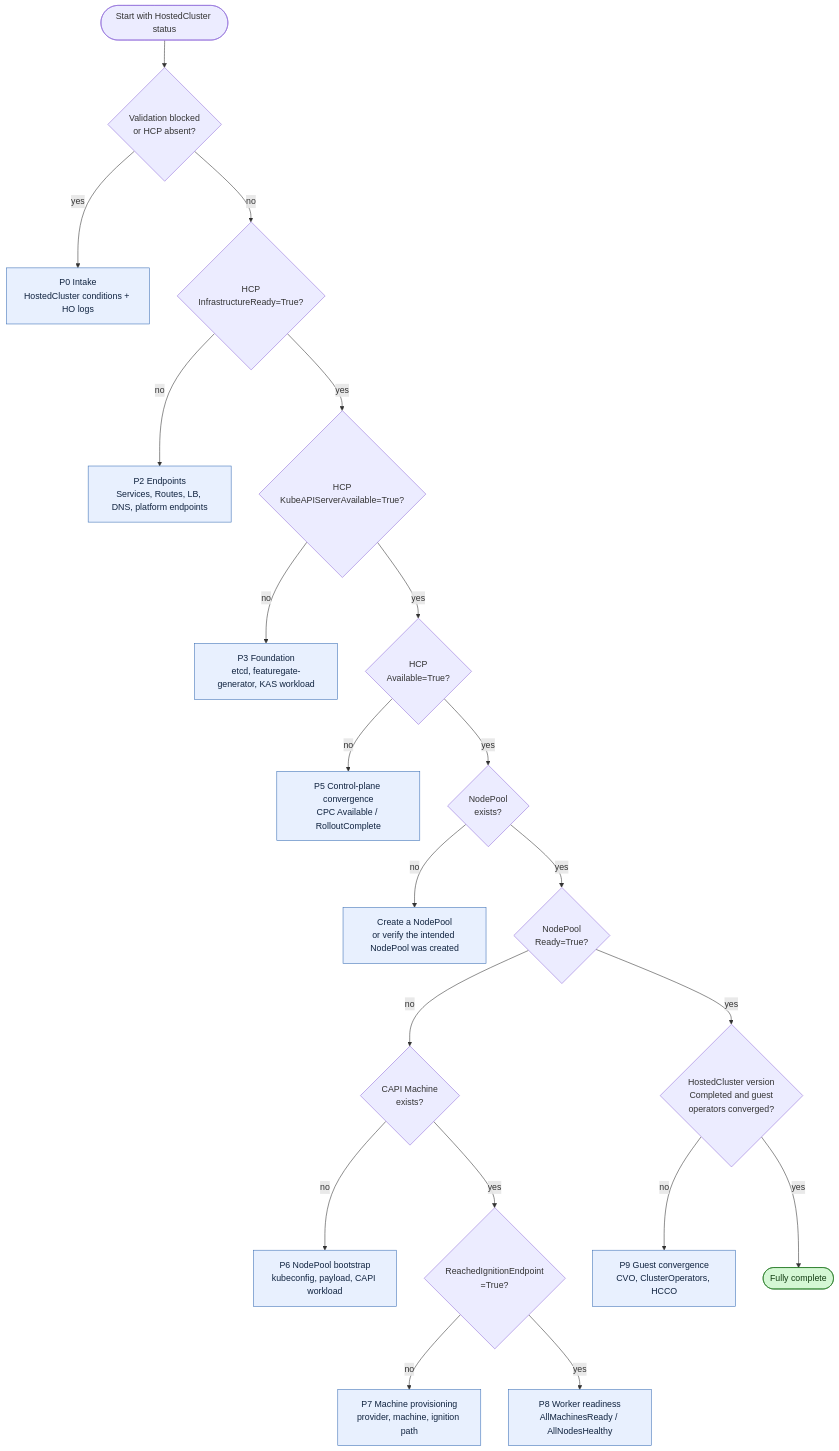
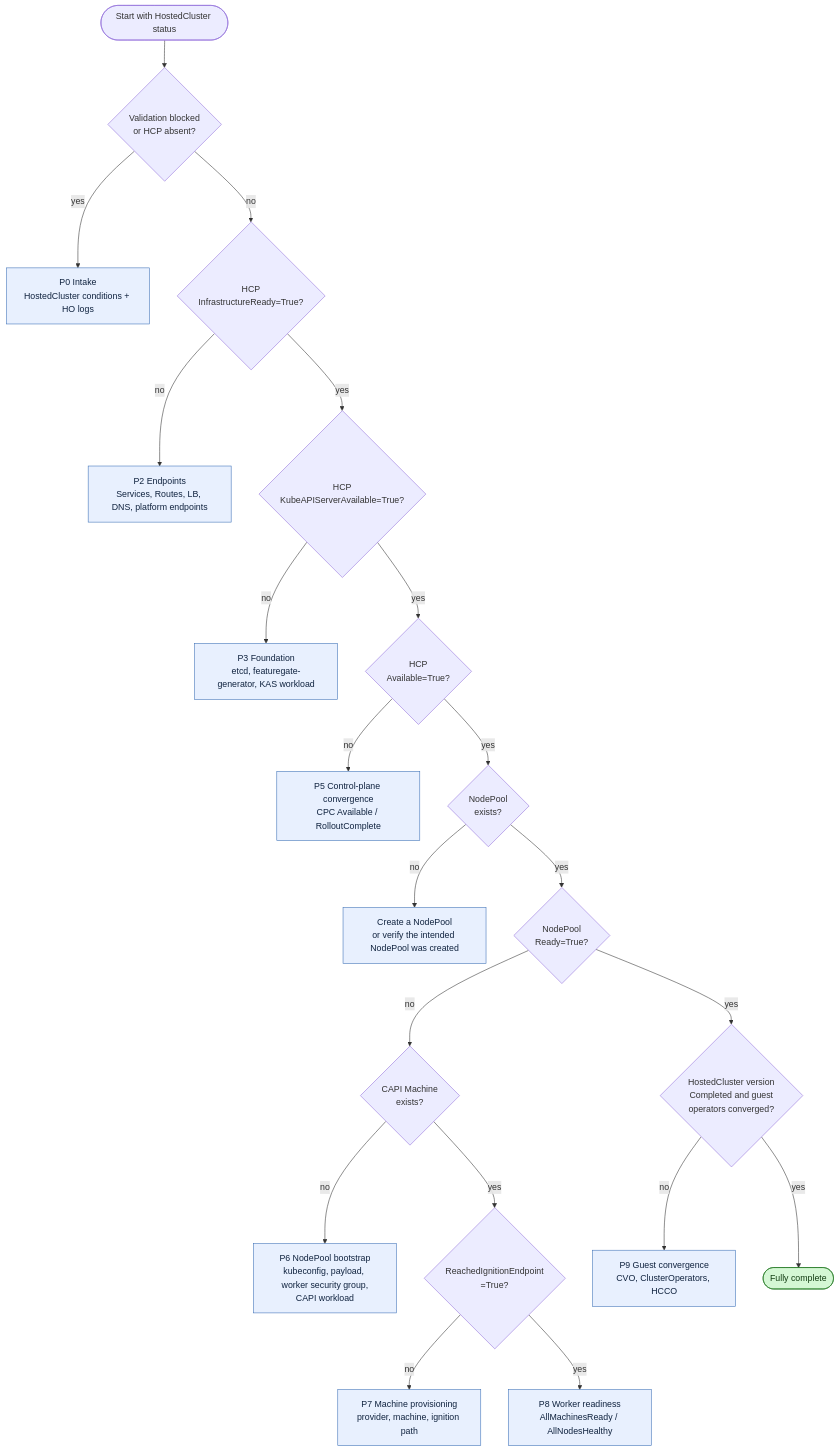
The third of 3 diagrams in docs/content/reference/cluster-startup-roadmap.md (bryan-cox/hypershift), drawn with Mermaid before and after one commit. The commit also changed other lines of this file and 3 other files, not shown here.

````diff
--- a/docs/content/reference/cluster-startup-roadmap.md
+++ b/docs/content/reference/cluster-startup-roadmap.md
@@ -614,27 +634,27 @@
 ```mermaid
 flowchart TD
     START([Start with HostedCluster status]) --> VALID{"Validation blocked<br/>or HCP absent?"}
     VALID -- "yes" --> P0["P0 Intake<br/>HostedCluster conditions + HO logs"]
     VALID -- "no" --> INFRA{"HCP<br/>InfrastructureReady=True?"}
     INFRA -- "no" --> P2["P2 Endpoints<br/>Services, Routes, LB, DNS, platform endpoints"]
     INFRA -- "yes" --> KAS{"HCP<br/>KubeAPIServerAvailable=True?"}
     KAS -- "no" --> P3["P3 Foundation<br/>etcd, featuregate-generator, KAS workload"]
     KAS -- "yes" --> HCPAVAIL{"HCP<br/>Available=True?"}
     HCPAVAIL -- "no" --> P5["P5 Control-plane convergence<br/>CPC Available / RolloutComplete"]
     HCPAVAIL -- "yes" --> NPROW{"NodePool<br/>exists?"}
     NPROW -- "no" --> P6CREATE["Create a NodePool<br/>or verify the intended NodePool was created"]
     NPROW -- "yes" --> NPREADY{"NodePool<br/>Ready=True?"}
     NPREADY -- "no" --> MACHINE{"CAPI Machine<br/>exists?"}
-    MACHINE -- "no" --> P6["P6 NodePool bootstrap<br/>kubeconfig, payload, CAPI workload"]
+    MACHINE -- "no" --> P6["P6 NodePool bootstrap<br/>kubeconfig, payload, worker security group,<br/>CAPI workload"]
     MACHINE -- "yes" --> IGN{"ReachedIgnitionEndpoint<br/>=True?"}
     IGN -- "no" --> P7["P7 Machine provisioning<br/>provider, machine, ignition path"]
     IGN -- "yes" --> P8["P8 Worker readiness<br/>AllMachinesReady / AllNodesHealthy"]
     NPREADY -- "yes" --> GUEST{"HostedCluster version<br/>Completed and guest<br/>operators converged?"}
     GUEST -- "no" --> P9["P9 Guest convergence<br/>CVO, ClusterOperators, HCCO"]
     GUEST -- "yes" --> DONE([Fully complete])
 
     classDef stage fill:#e8f0fe,stroke:#3b6fb6,color:#10233f;
     classDef complete fill:#d4f7d4,stroke:#247a24,color:#123d12;
     class P0,P2,P3,P5,P6,P6CREATE,P7,P8,P9 stage;
     class DONE complete;
 ```
````
